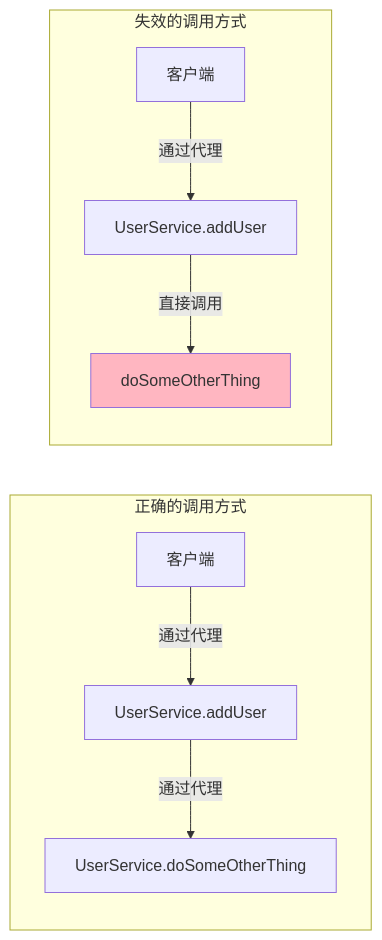
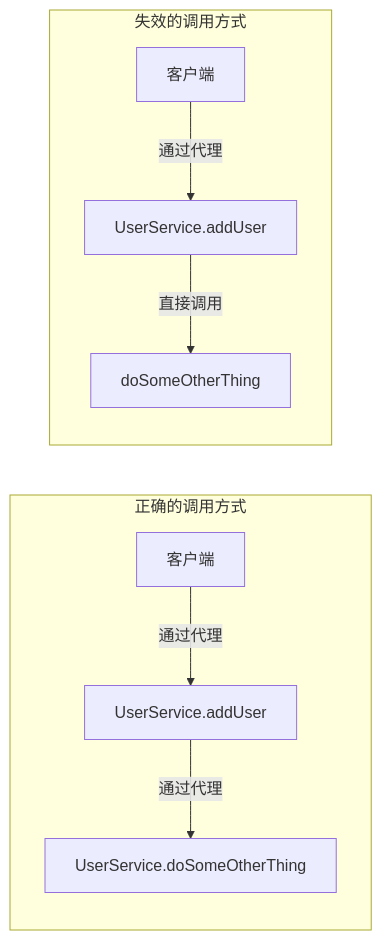
The tenth of 10 diagrams in Java/源码/spring源码/第8章_Spring_事务管理.md (dd-xiaozhi/study-notes), drawn with Mermaid before and after one commit. The commit also changed other lines of this file and 19 other files, not shown here.

````diff
--- a/Java/源码/spring源码/第8章_Spring_事务管理.md
+++ b/Java/源码/spring源码/第8章_Spring_事务管理.md
@@ -980,14 +972,12 @@
 ```mermaid
 flowchart LR
     subgraph 正确的调用方式
         A[客户端] -->|通过代理| B[UserService.addUser]
         B -->|通过代理| C[UserService.doSomeOtherThing]
     end
     
     subgraph 失效的调用方式
         D[客户端] -->|通过代理| E[UserService.addUser]
         E -->|直接调用| F[doSomeOtherThing]
     end
-    
-    style F fill:#FFB6C1
 ```
````
